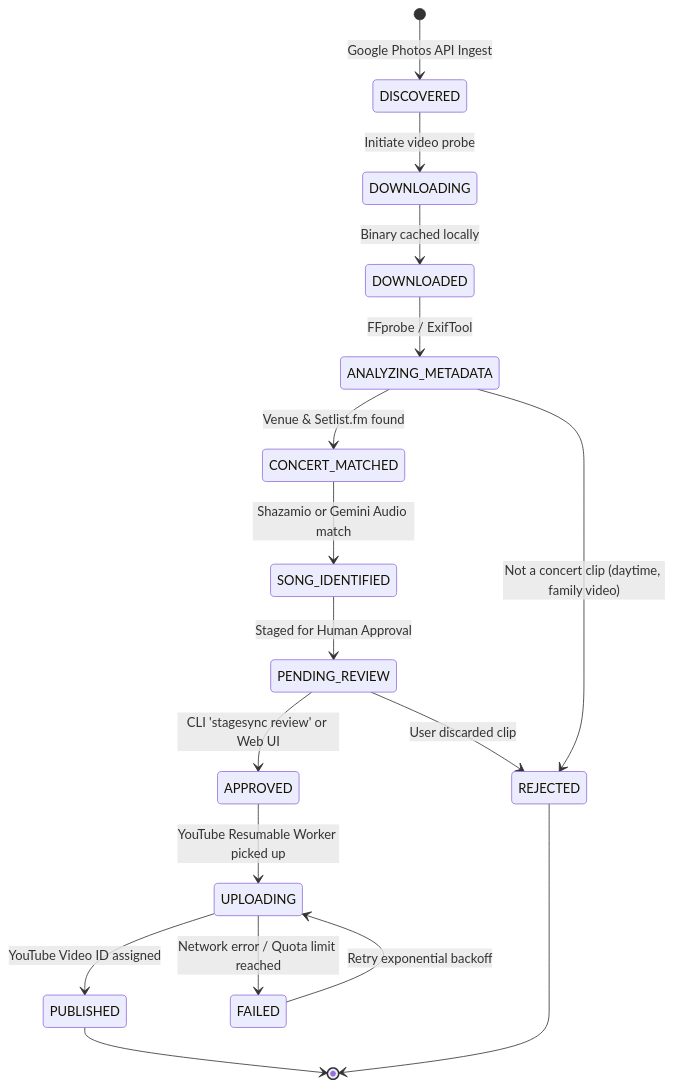
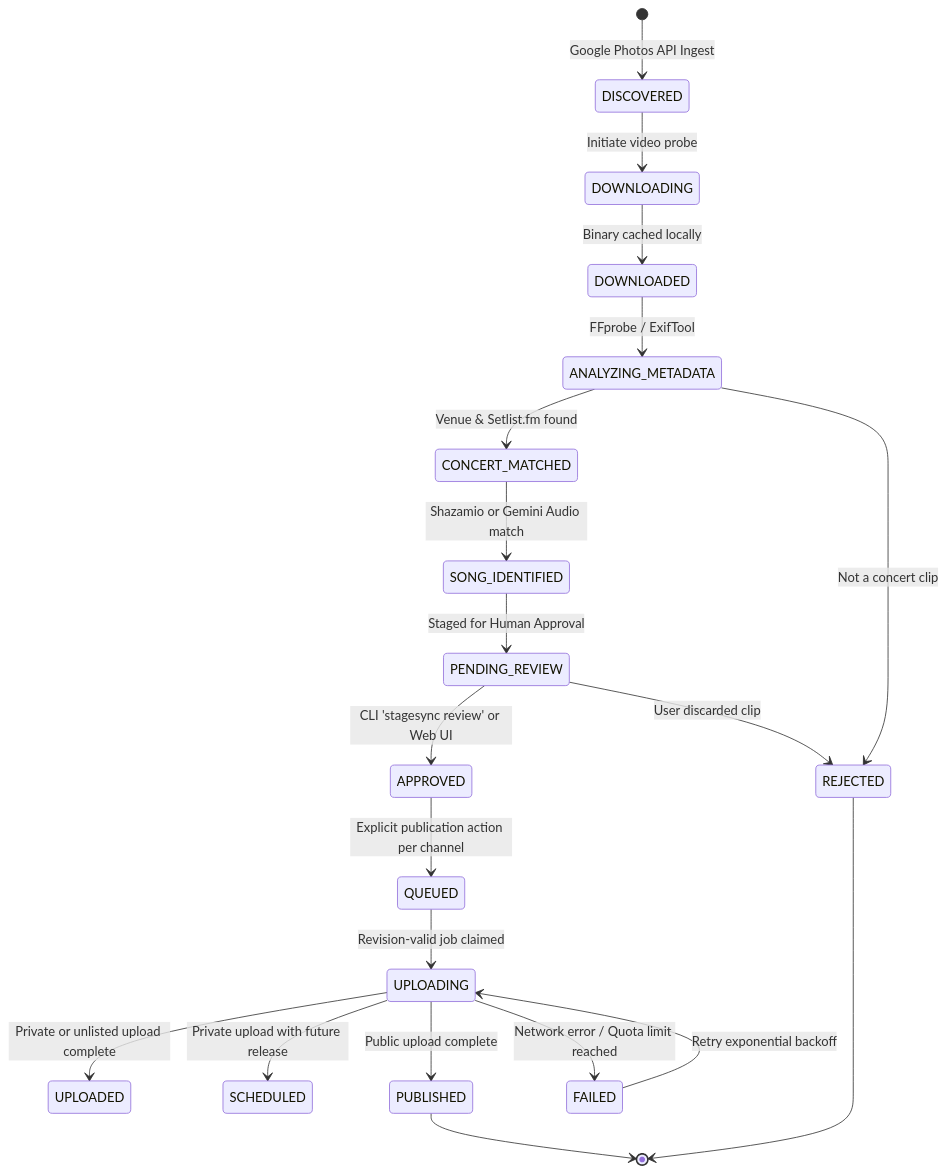
One commit to kasperjay/stagesync changed the second of 2 diagrams in ERD.md. Above: the diagram before and after it, drawn with Mermaid. The commit also changed other lines of this file and 22 other files, not shown here.

````diff
--- a/ERD.md
+++ b/ERD.md
@@ -486,21 +486,24 @@
 ```mermaid
 stateDiagram-v2
     [*] --> DISCOVERED : Google Photos API Ingest
     DISCOVERED --> DOWNLOADING : Initiate video probe
     DOWNLOADING --> DOWNLOADED : Binary cached locally
     DOWNLOADED --> ANALYZING_METADATA : FFprobe / ExifTool
     ANALYZING_METADATA --> CONCERT_MATCHED : Venue & Setlist.fm found
-    ANALYZING_METADATA --> REJECTED : Not a concert clip (daytime, family video)
+    ANALYZING_METADATA --> REJECTED : Not a concert clip
     CONCERT_MATCHED --> SONG_IDENTIFIED : Shazamio or Gemini Audio match
     SONG_IDENTIFIED --> PENDING_REVIEW : Staged for Human Approval
     
     PENDING_REVIEW --> APPROVED : CLI 'stagesync review' or Web UI
     PENDING_REVIEW --> REJECTED : User discarded clip
     
-    APPROVED --> UPLOADING : YouTube Resumable Worker picked up
-    UPLOADING --> PUBLISHED : YouTube Video ID assigned
+    APPROVED --> QUEUED : Explicit publication action per channel
+    QUEUED --> UPLOADING : Revision-valid job claimed
+    UPLOADING --> UPLOADED : Private or unlisted upload complete
+    UPLOADING --> SCHEDULED : Private upload with future release
+    UPLOADING --> PUBLISHED : Public upload complete
     UPLOADING --> FAILED : Network error / Quota limit reached
     FAILED --> UPLOADING : Retry exponential backoff
     PUBLISHED --> [*]
     REJECTED --> [*]
 ```
````
